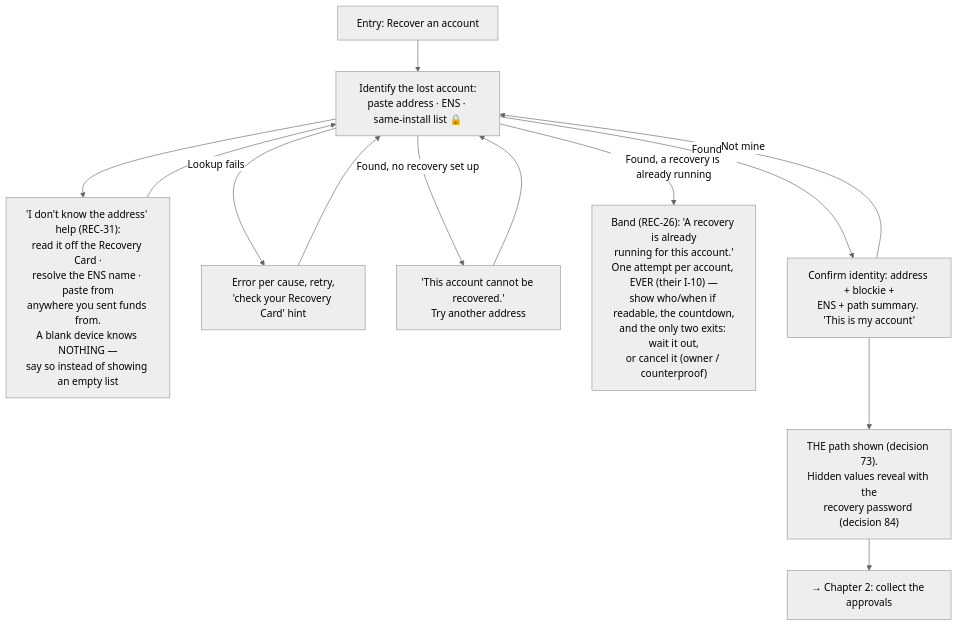
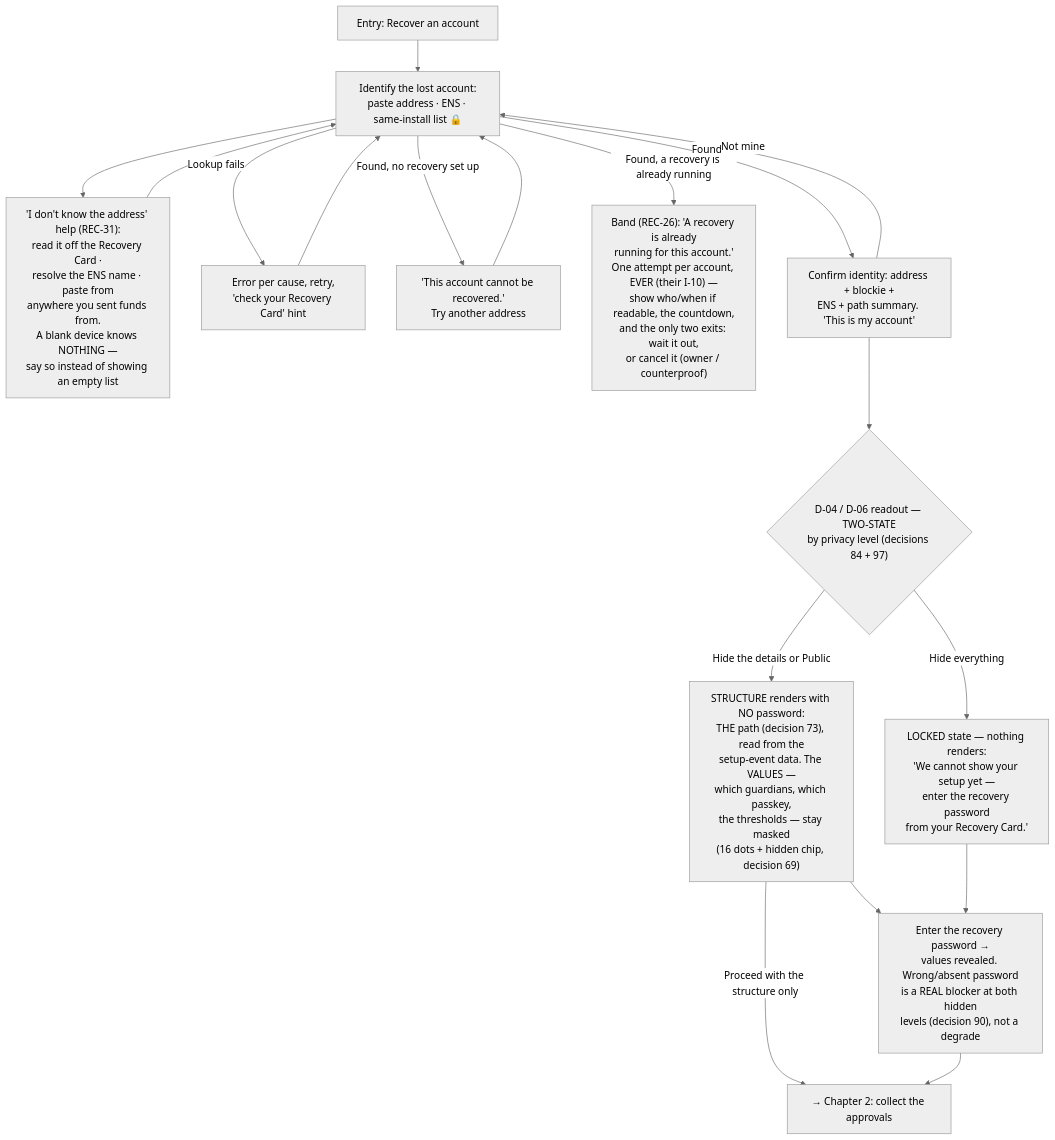
Before and after one commit to FiboAtWonder/kohaku-extension: the fifth of 14 diagrams in social-recovery-ux-flows.md, drawn with Mermaid (neutral theme). The commit also changed other lines of this file and 4 other files, not shown here.

Commit message:
docs: final reconciliation calls — decisions 97-98 (levels-on-logs assumed, disclosures adopted), SDK v9 (A7), kit-asks v2, two-state D-04/D-06 readout

````diff
--- a/social-recovery-ux-flows.md
+++ b/social-recovery-ux-flows.md
@@ -217,15 +224,20 @@
 ```mermaid
 flowchart TD
     A[Entry: Recover an account] --> C["Identify the lost account:<br/>paste address · ENS · same-install list 🔒"]
     C --> FD["'I don't know the address' help (REC-31):<br/>read it off the Recovery Card ·<br/>resolve the ENS name · paste from<br/>anywhere you sent funds from.<br/>A blank device knows NOTHING —<br/>say so instead of showing an empty list"]
     FD --> C
     C -->|Lookup fails| C1["Error per cause, retry,<br/>'check your Recovery Card' hint"]
     C1 --> C
     C -->|Found, no recovery set up| X["'This account cannot be recovered.'<br/>Try another address"]
     X --> C
     C -->|Found, a recovery is already running| AR["Band (REC-26): 'A recovery is already<br/>running for this account.'<br/>One attempt per account, EVER (their I-10) —<br/>show who/when if readable, the countdown,<br/>and the only two exits: wait it out,<br/>or cancel it (owner / counterproof)"]
     C -->|Found| CC["Confirm identity: address + blockie +<br/>ENS + path summary. 'This is my account'"]
     CC -->|Not mine| C
-    CC --> V["THE path shown (decision 73).<br/>Hidden values reveal with the<br/>recovery password (decision 84)"]
-    V --> NEXT["→ Chapter 2: collect the approvals"]
+    CC --> V{"D-04 / D-06 readout — TWO-STATE<br/>by privacy level (decisions 84 + 97)"}
+    V -->|Hide the details or Public| VD["STRUCTURE renders with NO password:<br/>THE path (decision 73), read from the<br/>setup-event data. The VALUES —<br/>which guardians, which passkey,<br/>the thresholds — stay masked<br/>(16 dots + hidden chip, decision 69)"]
+    V -->|Hide everything| VE["LOCKED state — nothing renders:<br/>'We cannot show your setup yet —<br/>enter the recovery password<br/>from your Recovery Card.'"]
+    VD --> VP["Enter the recovery password →<br/>values revealed. Wrong/absent password<br/>is a REAL blocker at both hidden<br/>levels (decision 90), not a degrade"]
+    VE --> VP
+    VD -->|Proceed with the structure only| NEXT["→ Chapter 2: collect the approvals"]
+    VP --> NEXT
 ```
````
